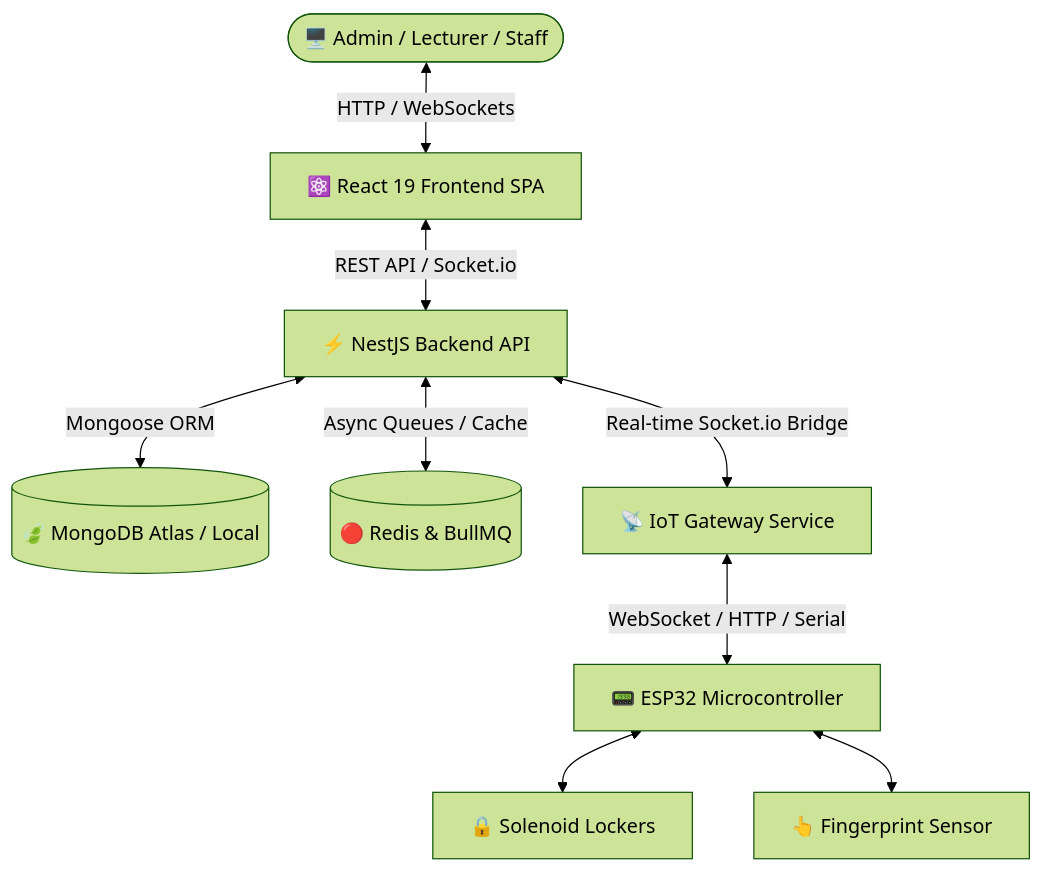
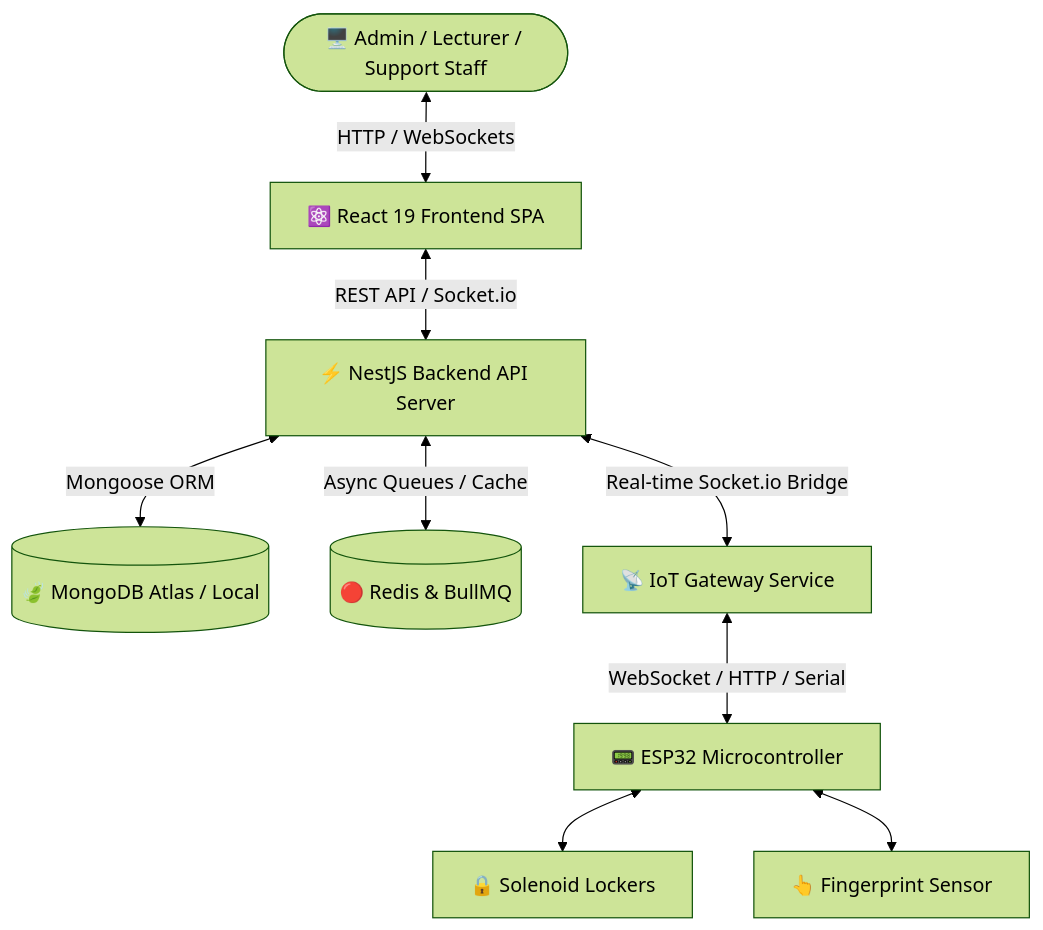
The diagram in README.md (NgocNhu1824/DoAnTotNghiep), drawn with Mermaid (forest theme) before and after one commit. The commit also changed other lines of this file and 7 other files, not shown here.

Commit message:
docs: Improve README documentation, add future roadmap, interview guide & next steps checklist

````diff
--- a/README.md
+++ b/README.md
@@ -23,14 +28,14 @@
 ```mermaid
 graph TD
-    User([🖥️ Admin / Lecturer / Staff]) <-->|HTTP / WebSockets| Frontend[⚛️ React 19 Frontend SPA]
-    Frontend <-->|REST API / Socket.io| Backend[⚡ NestJS Backend API]
+    User([🖥️ Admin / Lecturer / Support Staff]) <-->|HTTP / WebSockets| Frontend[⚛️ React 19 Frontend SPA]
+    Frontend <-->|REST API / Socket.io| Backend[⚡ NestJS Backend API Server]
     
     Backend <-->|Mongoose ORM| DB[(🍃 MongoDB Atlas / Local)]
     Backend <-->|Async Queues / Cache| Redis[(🔴 Redis & BullMQ)]
     
     Backend <-->|Real-time Socket.io Bridge| Gateway[📡 IoT Gateway Service]
     Gateway <-->|WebSocket / HTTP / Serial| ESP32[📟 ESP32 Microcontroller]
     
     ESP32 <--> Lockers[🔒 Solenoid Lockers]
     ESP32 <--> Sensor[👆 Fingerprint Sensor]
 ```
````
